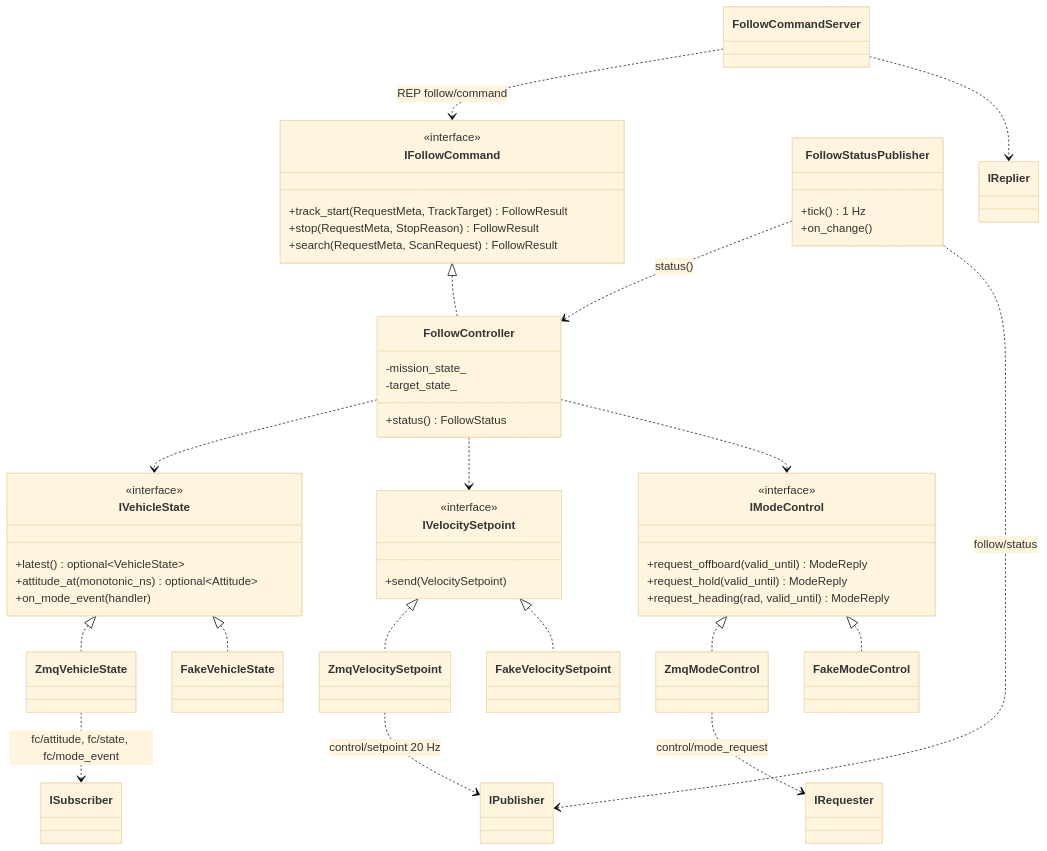
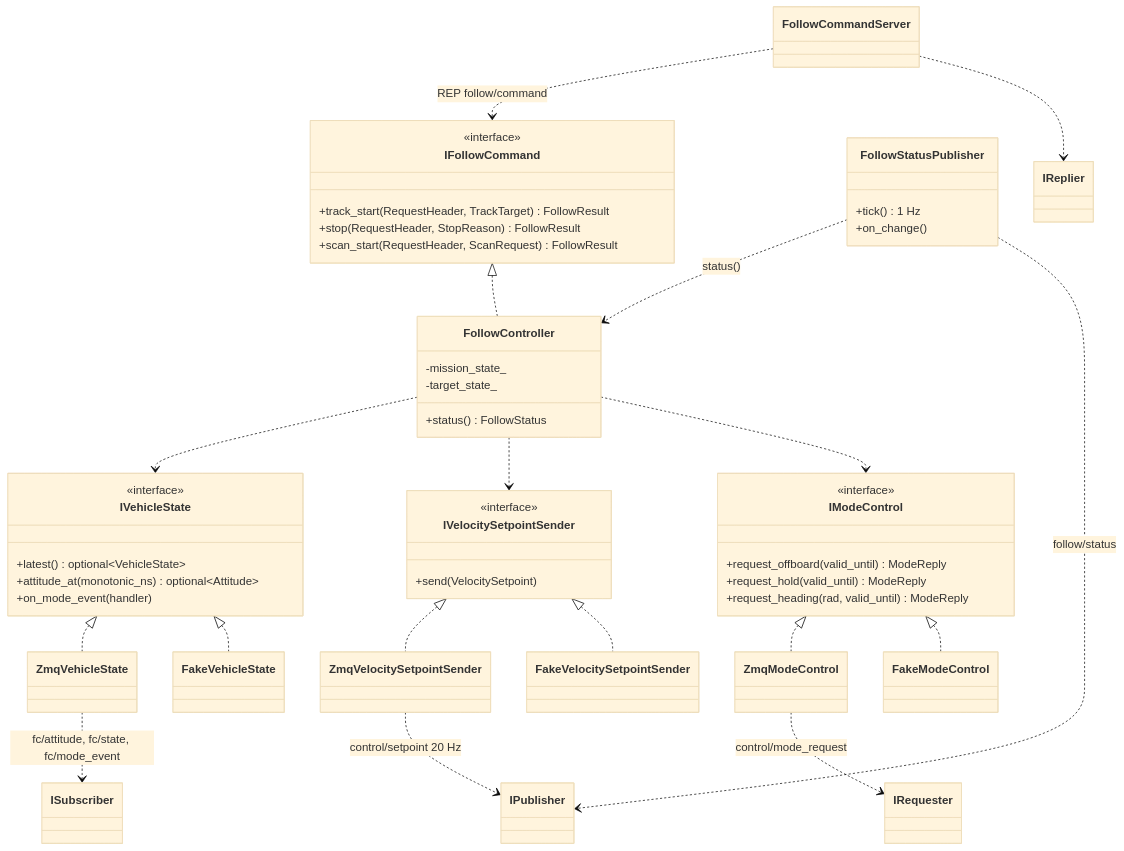
The diagram in docs/design/uml/class_follow.md (lig-argus/argus-edge-vision), drawn with Mermaid (base theme) before and after one commit. The commit also changed other lines of this file and 15 other files, not shown here.

````diff
--- a/docs/design/uml/class_follow.md
+++ b/docs/design/uml/class_follow.md
@@ -9,59 +9,59 @@
 ```mermaid
 classDiagram
     class IVehicleState {
         <<interface>>
         +latest() optional~VehicleState~
         +attitude_at(monotonic_ns) optional~Attitude~
         +on_mode_event(handler)
     }
-    class IVelocitySetpoint {
+    class IVelocitySetpointSender {
         <<interface>>
         +send(VelocitySetpoint)
     }
     class IModeControl {
         <<interface>>
         +request_offboard(valid_until) ModeReply
         +request_hold(valid_until) ModeReply
         +request_heading(rad, valid_until) ModeReply
     }
     class IFollowCommand {
         <<interface>>
-        +track_start(RequestMeta, TrackTarget) FollowResult
-        +stop(RequestMeta, StopReason) FollowResult
-        +search(RequestMeta, ScanRequest) FollowResult
+        +track_start(RequestHeader, TrackTarget) FollowResult
+        +stop(RequestHeader, StopReason) FollowResult
+        +scan_start(RequestHeader, ScanRequest) FollowResult
     }
     class FollowController {
         -mission_state_
         -target_state_
         +status() FollowStatus
     }
     class ZmqVehicleState
-    class ZmqVelocitySetpoint
+    class ZmqVelocitySetpointSender
     class ZmqModeControl
     class FollowCommandServer
     class FollowStatusPublisher {
         +tick() 1 Hz
         +on_change()
     }
     class FakeVehicleState
-    class FakeVelocitySetpoint
+    class FakeVelocitySetpointSender
     class FakeModeControl
 
     IVehicleState <|.. ZmqVehicleState
     IVehicleState <|.. FakeVehicleState
-    IVelocitySetpoint <|.. ZmqVelocitySetpoint
-    IVelocitySetpoint <|.. FakeVelocitySetpoint
+    IVelocitySetpointSender <|.. ZmqVelocitySetpointSender
+    IVelocitySetpointSender <|.. FakeVelocitySetpointSender
     IModeControl <|.. ZmqModeControl
     IModeControl <|.. FakeModeControl
     IFollowCommand <|.. FollowController
     FollowController ..> IVehicleState
-    FollowController ..> IVelocitySetpoint
+    FollowController ..> IVelocitySetpointSender
     FollowController ..> IModeControl
     FollowCommandServer ..> IFollowCommand : REP follow/command
     FollowStatusPublisher ..> FollowController : status()
     ZmqVehicleState ..> ISubscriber : fc/attitude, fc/state, fc/mode_event
-    ZmqVelocitySetpoint ..> IPublisher : control/setpoint 20 Hz
+    ZmqVelocitySetpointSender ..> IPublisher : control/setpoint 20 Hz
     ZmqModeControl ..> IRequester : control/mode_request
     FollowCommandServer ..> IReplier
     FollowStatusPublisher ..> IPublisher : follow/status
 ```
````
